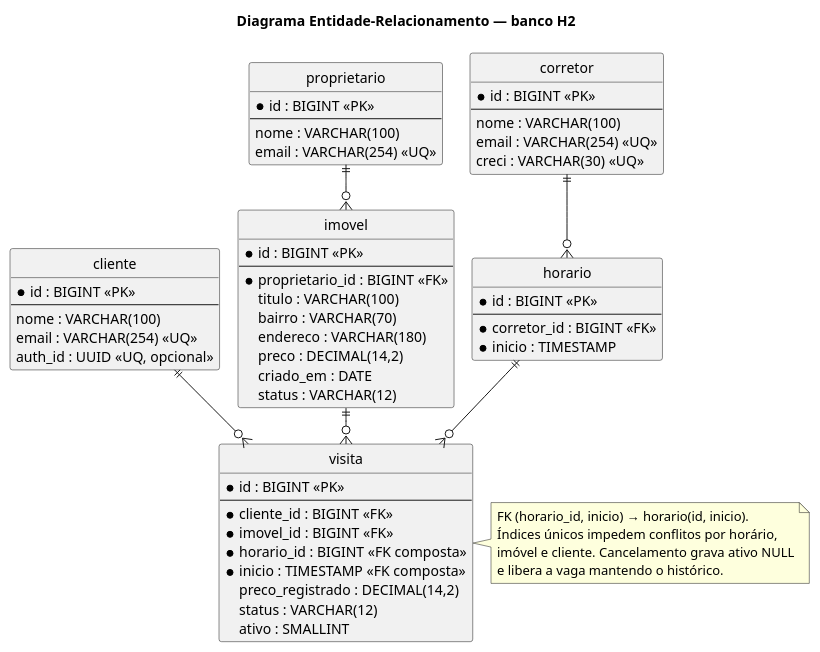
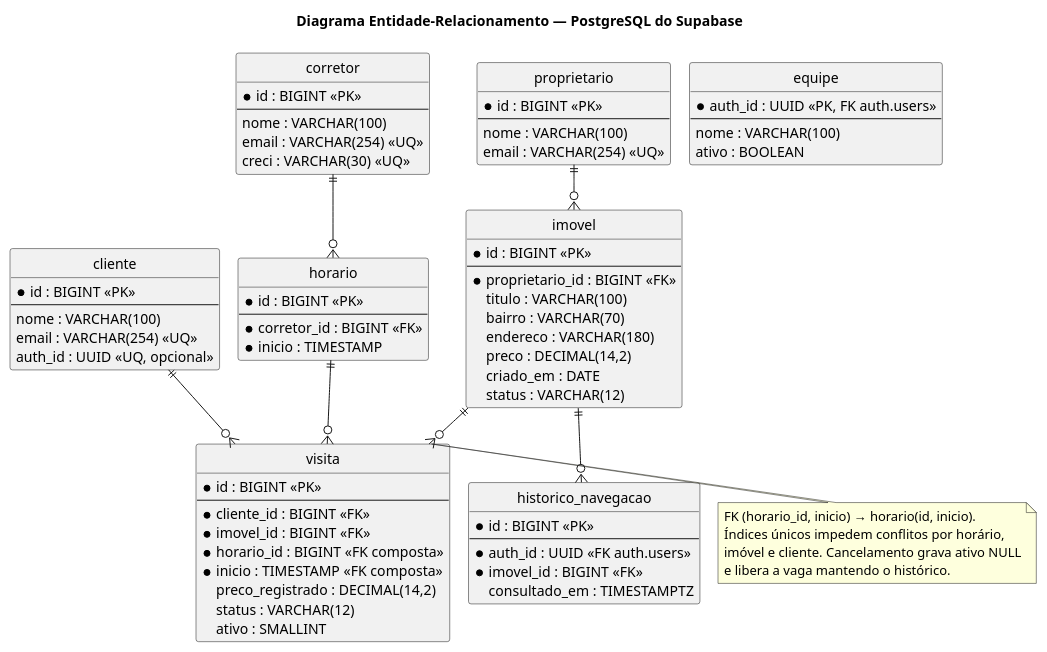
Before and after one commit to gustavoximenes/sistema-gerenciamento-imobiliaria: the diagram in docs/der.puml, drawn with PlantUML. The commit also changed 16 other files, not shown here.

```diff
--- a/docs/der.puml
+++ b/docs/der.puml
@@ -1,66 +1,80 @@
 @startuml
 !pragma layout smetana
 skinparam shadowing false
 hide circle
-title Diagrama Entidade-Relacionamento — banco H2
+title Diagrama Entidade-Relacionamento — PostgreSQL do Supabase
 
 entity cliente {
   * id : BIGINT <<PK>>
   --
   nome : VARCHAR(100)
   email : VARCHAR(254) <<UQ>>
   auth_id : UUID <<UQ, opcional>>
 }
 entity corretor {
   * id : BIGINT <<PK>>
   --
   nome : VARCHAR(100)
   email : VARCHAR(254) <<UQ>>
   creci : VARCHAR(30) <<UQ>>
 }
 entity proprietario {
   * id : BIGINT <<PK>>
   --
   nome : VARCHAR(100)
   email : VARCHAR(254) <<UQ>>
 }
 entity imovel {
   * id : BIGINT <<PK>>
   --
   * proprietario_id : BIGINT <<FK>>
   titulo : VARCHAR(100)
   bairro : VARCHAR(70)
   endereco : VARCHAR(180)
   preco : DECIMAL(14,2)
   criado_em : DATE
   status : VARCHAR(12)
 }
 entity horario {
   * id : BIGINT <<PK>>
   --
   * corretor_id : BIGINT <<FK>>
   * inicio : TIMESTAMP
 }
 entity visita {
   * id : BIGINT <<PK>>
   --
   * cliente_id : BIGINT <<FK>>
   * imovel_id : BIGINT <<FK>>
   * horario_id : BIGINT <<FK composta>>
   * inicio : TIMESTAMP <<FK composta>>
   preco_registrado : DECIMAL(14,2)
   status : VARCHAR(12)
   ativo : SMALLINT
 }
+entity equipe {
+  * auth_id : UUID <<PK, FK auth.users>>
+  --
+  nome : VARCHAR(100)
+  ativo : BOOLEAN
+}
+entity historico_navegacao {
+  * id : BIGINT <<PK>>
+  --
+  * auth_id : UUID <<FK auth.users>>
+  * imovel_id : BIGINT <<FK>>
+  consultado_em : TIMESTAMPTZ
+}
 proprietario ||--o{ imovel
 corretor ||--o{ horario
 cliente ||--o{ visita
 imovel ||--o{ visita
 horario ||--o{ visita
+imovel ||--o{ historico_navegacao
 note right of visita
   FK (horario_id, inicio) → horario(id, inicio).
   Índices únicos impedem conflitos por horário,
   imóvel e cliente. Cancelamento grava ativo NULL
   e libera a vaga mantendo o histórico.
 end note
 @enduml
```
